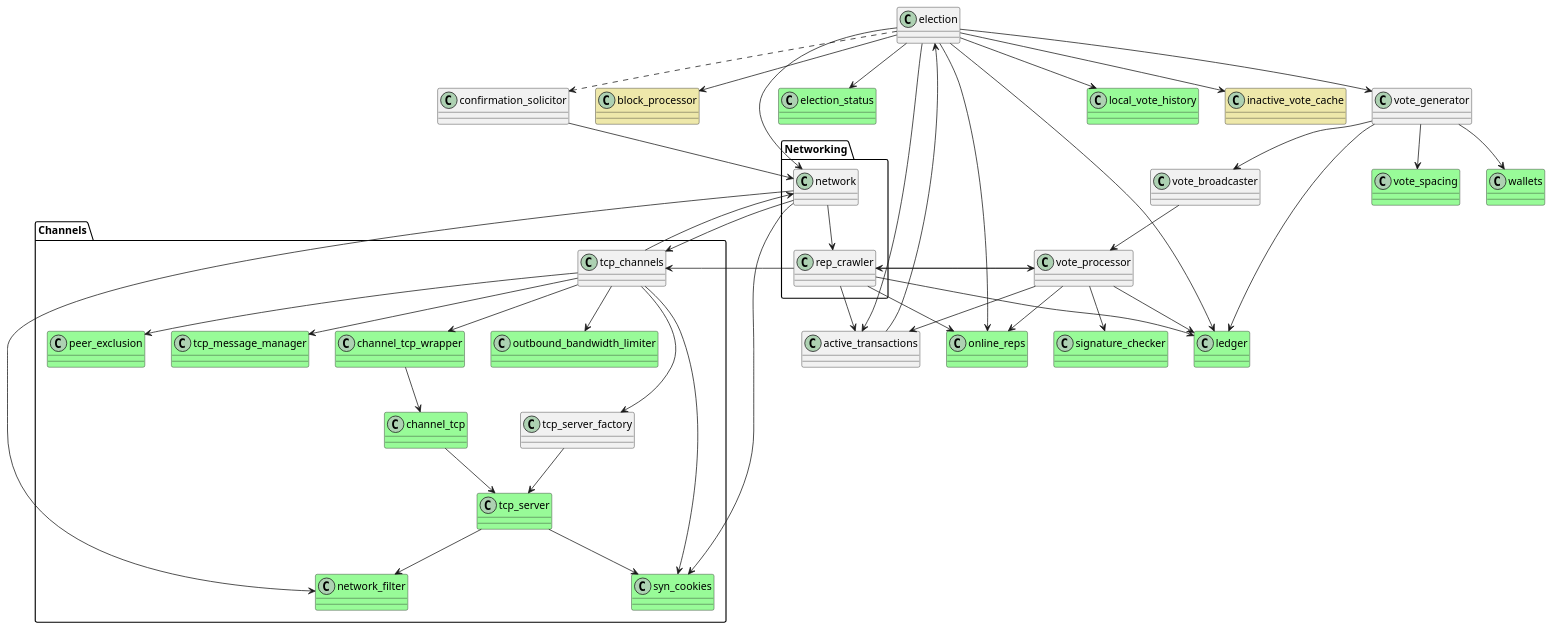
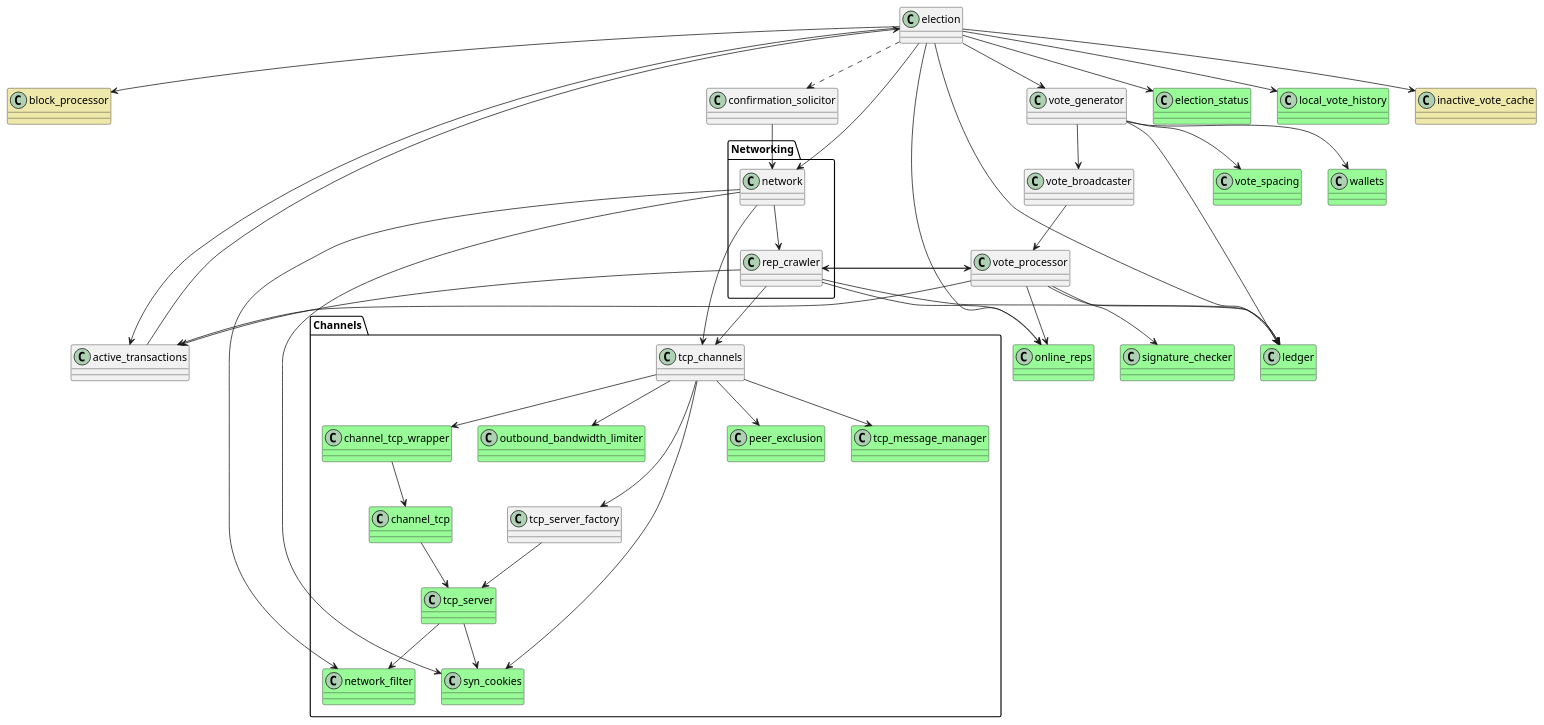
One commit to stjet/rsban-node changed the diagram in rust/doc/port_blockprocessor.puml. Above: the diagram before and after it, drawn with PlantUML. The commit also changed 2 other files, not shown here.

Commit message:
Refactor: break dependencies from tcp_channels to network

```diff
--- a/rust/doc/port_blockprocessor.puml
+++ b/rust/doc/port_blockprocessor.puml
@@ -1,88 +1,87 @@
 @startuml "Port Blockprocessor"
 class block_processor #PaleGoldenRod
 class active_transactions
 class election
 class confirmation_solicitor
 class election_status #PaleGreen
 class online_reps #PaleGreen
 class ledger #PaleGreen
 class vote_generator
 class vote_broadcaster
 class vote_processor
 class vote_spacing #PaleGreen
 class wallets #PaleGreen
 class local_vote_history #PaleGreen
 class inactive_vote_cache #PaleGoldenRod
 class signature_checker #PaleGreen
 
 package "Networking"{
 class network
 class rep_crawler
 }
 
 package "Channels"{
 class peer_exclusion #PaleGreen
 class tcp_message_manager #PaleGreen
 class channel_tcp_wrapper #PaleGreen
 class channel_tcp #PaleGreen
 class outbound_bandwidth_limiter #PaleGreen
 class syn_cookies #PaleGreen
 class tcp_server #PaleGreen
 class tcp_channels
 class tcp_server_factory
 class network_filter #PaleGreen
 }
 
 active_transactions --> election
 confirmation_solicitor --> network
 
 election --> active_transactions
 election --> election_status
 election --> online_reps
 election --> ledger
 election --> block_processor
 election --> vote_generator
 election --> network
 election --> local_vote_history
 election --> inactive_vote_cache
 election ..> confirmation_solicitor
 
 vote_generator --> vote_broadcaster
 vote_broadcaster --> vote_processor
 vote_generator --> vote_spacing
 vote_generator --> ledger
 vote_generator --> wallets
 
 vote_processor --> signature_checker
 vote_processor --> active_transactions
 vote_processor --> online_reps
 vote_processor --> rep_crawler 
 vote_processor --> ledger
 
 rep_crawler --> tcp_channels
 rep_crawler --> online_reps
 rep_crawler --> ledger
 rep_crawler --> active_transactions
 rep_crawler --> vote_processor
 
 network --> network_filter
 network --> tcp_channels
 network --> rep_crawler
 network --> syn_cookies
 
 tcp_channels --> tcp_server_factory
 tcp_channels --> outbound_bandwidth_limiter
 tcp_channels --> syn_cookies
-tcp_channels --> network
 tcp_channels --> tcp_message_manager
 tcp_channels --> channel_tcp_wrapper
 tcp_channels --> peer_exclusion
 
 tcp_server_factory --> tcp_server
 tcp_server --> syn_cookies
 tcp_server --> network_filter
 
 channel_tcp_wrapper --> channel_tcp
 channel_tcp --> tcp_server
 
 @enduml
```
